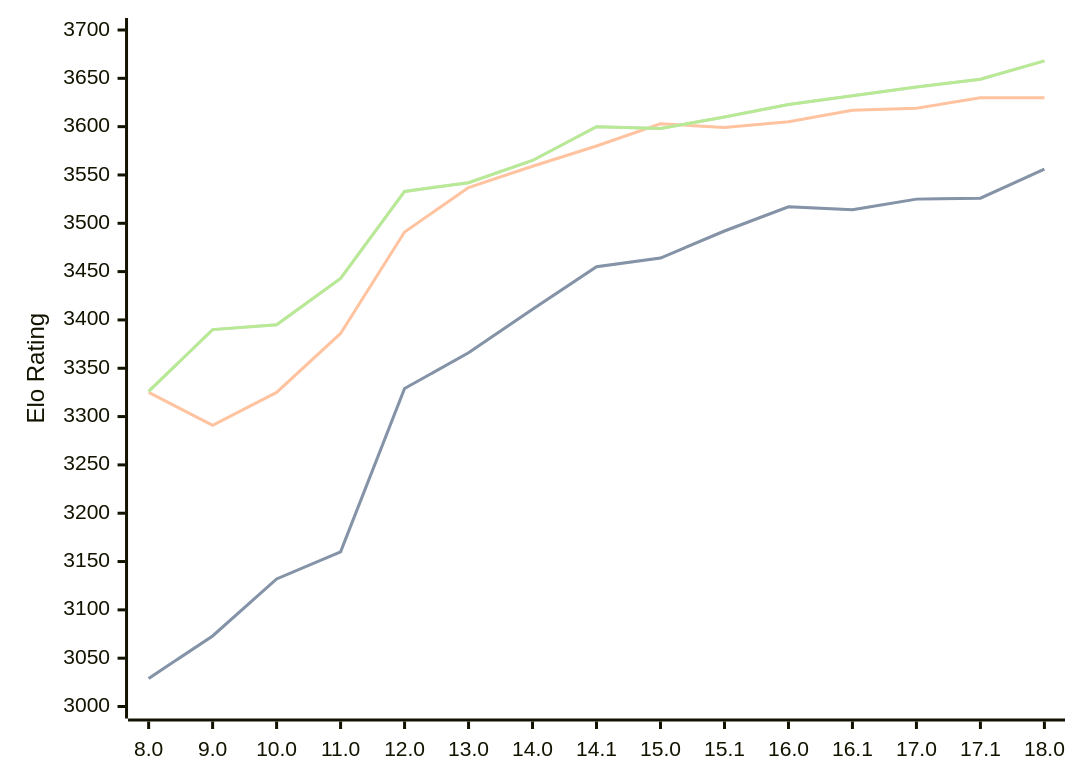
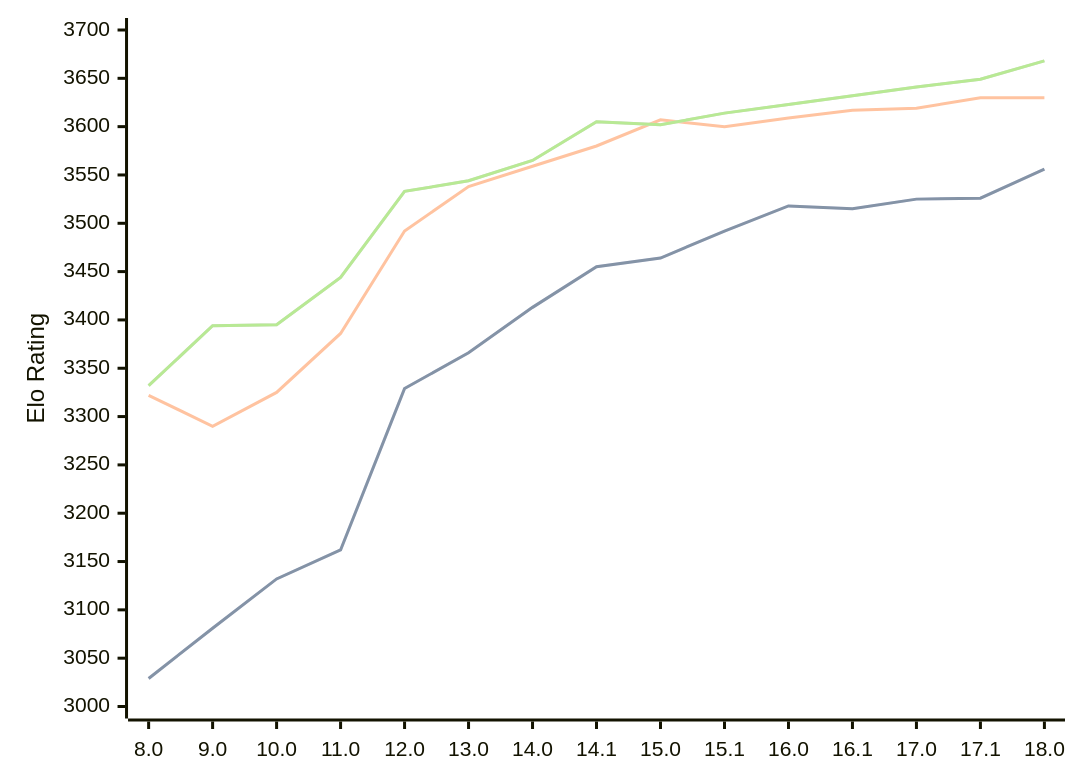
The diagram in engines/Stockfish.md (computer-chess-index/cci), drawn with Mermaid before and after one commit. The commit also changed other lines of this file, not shown here.

Commit message:
Update CCI Ratings (ELO VLTC) - 2026-02-26

````diff
--- a/engines/Stockfish.md
+++ b/engines/Stockfish.md
@@ -44,11 +44,11 @@
 ```mermaid
 %%{init: {"theme":"base","themeVariables":{"seriesColors:['#a3a3a3','#222221','#faa371']}}}%%
 xychart-beta
   x-axis ["8.0", "9.0", "10.0", "11.0", "12.0", "13.0", "14.0", "14.1", "15.0", "15.1", "16.0", "16.1", "17.0", "17.1", "18.0"]
   y-axis "Elo Rating" 3000 --> 3700
-  line "STC (8.0+0.08s)" [3029, 3073, 3132, 3160, 3329, 3366, 3411, 3455, 3464, 3492, 3517, 3514, 3525, 3526, 3556]
-  line "STC (8.0+0.08s)" [3029, 3073, 3132, 3160, 3329, 3366, 3411, 3455, 3464, 3492, 3517, 3514, 3525, 3526, 3556]
-  line "LTC (60.0+0.60s)" [3325, 3291, 3325, 3386, 3491, 3537, 3559, 3580, 3603, 3599, 3605, 3617, 3619, 3630, 3630]
-  line "VLTC (2m24s+1.12s)" [3326, 3390, 3395, 3443, 3533, 3542, 3565, 3600, 3598, 3610, 3623, 3632, 3641, 3649, 3668]
-  line "VLTC (2m24s+1.12s)" [3326, 3390, 3395, 3443, 3533, 3542, 3565, 3600, 3598, 3610, 3623, 3632, 3641, 3649, 3668]
+  line "STC (8.0+0.08s)" [3029, 3081, 3132, 3162, 3329, 3366, 3413, 3455, 3464, 3492, 3518, 3515, 3525, 3526, 3556]
+  line "STC (8.0+0.08s)" [3029, 3081, 3132, 3162, 3329, 3366, 3413, 3455, 3464, 3492, 3518, 3515, 3525, 3526, 3556]
+  line "LTC (60.0+0.60s)" [3322, 3290, 3325, 3386, 3492, 3538, 3559, 3580, 3607, 3600, 3609, 3617, 3619, 3630, 3630]
+  line "VLTC (2m24s+1.12s)" [3332, 3394, 3395, 3444, 3533, 3544, 3565, 3605, 3602, 3614, 3623, 3632, 3641, 3649, 3668]
+  line "VLTC (2m24s+1.12s)" [3332, 3394, 3395, 3444, 3533, 3544, 3565, 3605, 3602, 3614, 3623, 3632, 3641, 3649, 3668]
 ```
````
